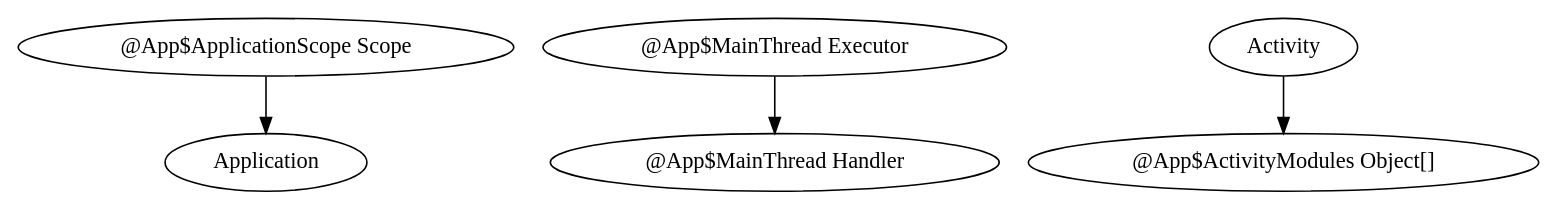
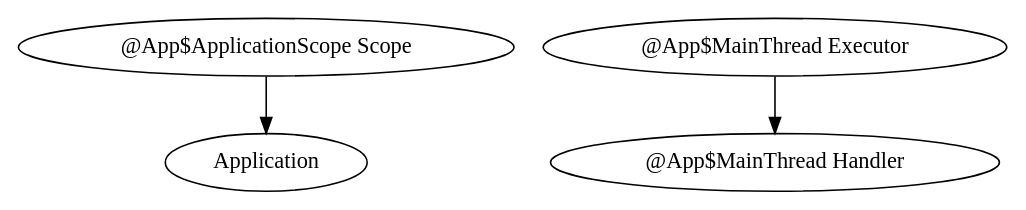
The diagram in framework/.apt_generated/org/anotanota/framework/ApplicationModule.dot (ademirao/anotanota), drawn with Graphviz before and after one commit. The commit also changed 165 other files, not shown here.

```diff
--- a/framework/.apt_generated/org/anotanota/framework/ApplicationModule.dot
+++ b/framework/.apt_generated/org/anotanota/framework/ApplicationModule.dot
@@ -1,10 +1,8 @@
 digraph G1 {
   concentrate = true;
   n2 [label="@App$ApplicationScope Scope"];
   n2 -> Application;
   n3 [label="@App$MainThread Executor"];
   n4 [label="@App$MainThread Handler"];
   n3 -> n4;
-  n5 [label="@App$ActivityModules Object[]"];
-  Activity -> n5;
 }
```
